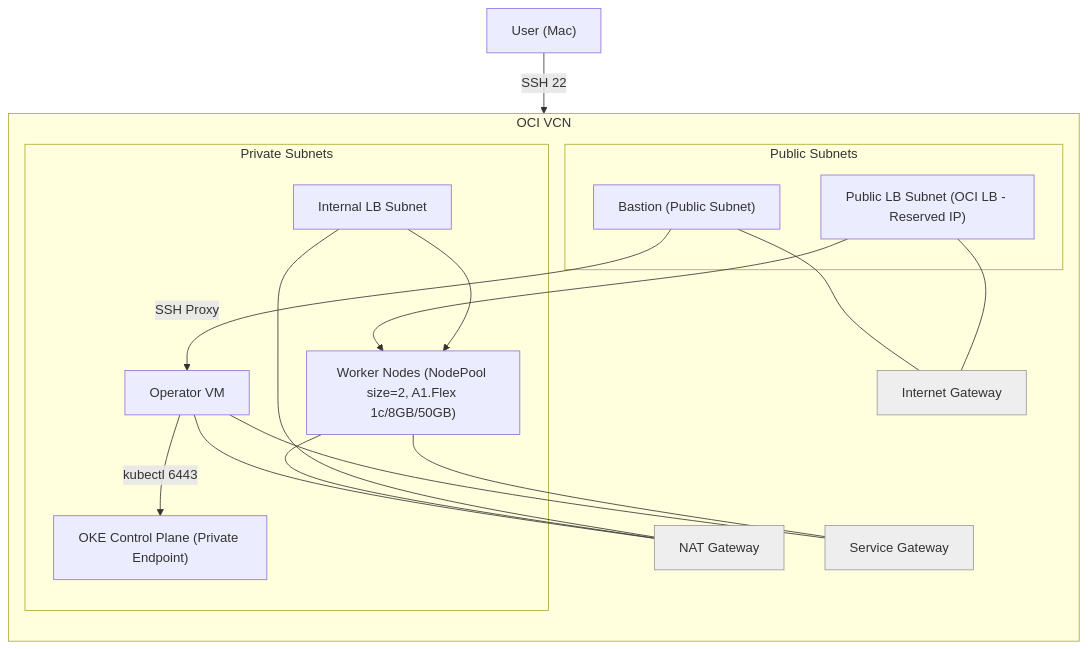
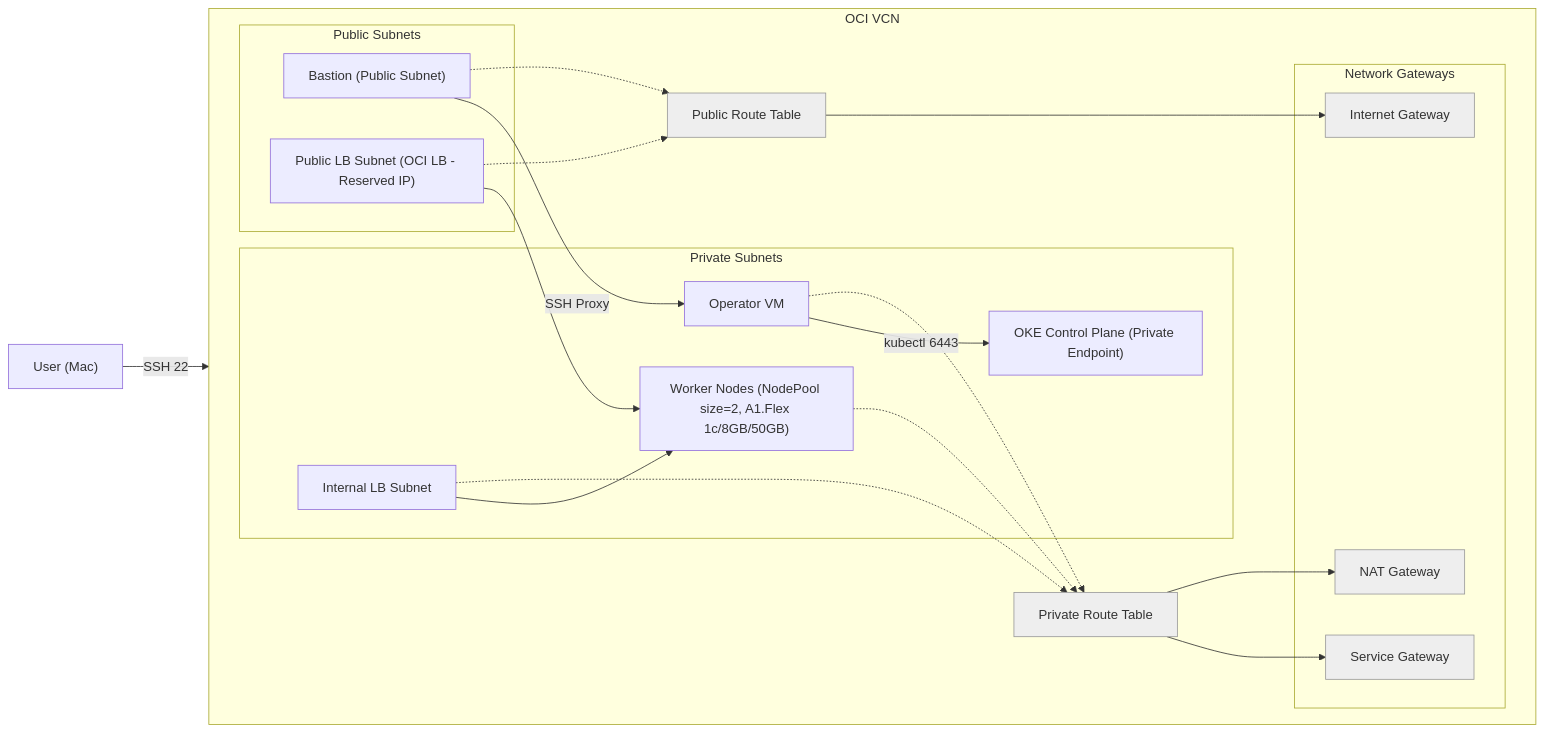
One commit to Vinskao/peoplesystem-terraform-oke changed the diagram in README.md. Above: the diagram before and after it, drawn with Mermaid.

Commit message:
info: update struct grapth

````diff
--- a/README.md
+++ b/README.md
@@ -49,41 +49,44 @@
 ```mermaid
-flowchart TB
+flowchart LR
   user["User (Mac)"] -->|SSH 22| bastion["Bastion (Public Subnet)"]
 
   subgraph OCI VCN
-    direction TB
-    ig["Internet Gateway"]:::net
-    nat["NAT Gateway"]:::net
-    sg["Service Gateway"]:::net
+    direction LR
 
     subgraph Public["Public Subnets"]
       bastion
       pubLB["Public LB Subnet (OCI LB - Reserved IP)"]
     end
 
     subgraph Private["Private Subnets"]
+      operator["Operator VM"]
       cp["OKE Control Plane (Private Endpoint)"]
-      operator["Operator VM"]
       workers["Worker Nodes (NodePool size=2, A1.Flex 1c/8GB/50GB)"]
       intLB["Internal LB Subnet"]
     end
 
-    %% Gateway connections (routing targets)
-    bastion --- ig
-    pubLB --- ig
+    subgraph Gateways["Network Gateways"]
+      ig["Internet Gateway"]:::net
+      nat["NAT Gateway"]:::net
+      sg["Service Gateway"]:::net
+    end
 
-    operator --- nat
-    workers --- nat
-    intLB --- nat
+    pubRT["Public Route Table"]:::net --> ig
+    privRT["Private Route Table"]:::net --> nat
+    privRT --> sg
 
-    operator --- sg
-    workers --- sg
+    bastion -.-> pubRT
+    pubLB -.-> pubRT
+
+    operator -.-> privRT
+    workers -.-> privRT
+    intLB -.-> privRT
   end
 
   bastion -->|SSH Proxy| operator
   operator -->|kubectl 6443| cp
   pubLB --> workers
   intLB --> workers
 
   classDef net fill:#eee,stroke:#999;
 ```
````
